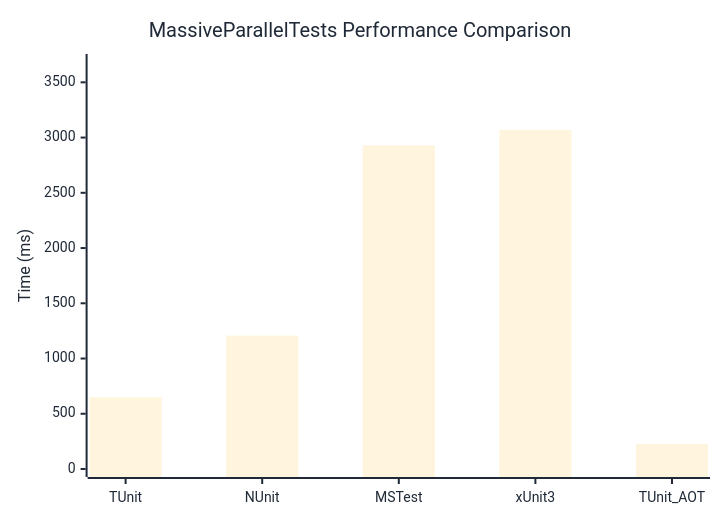
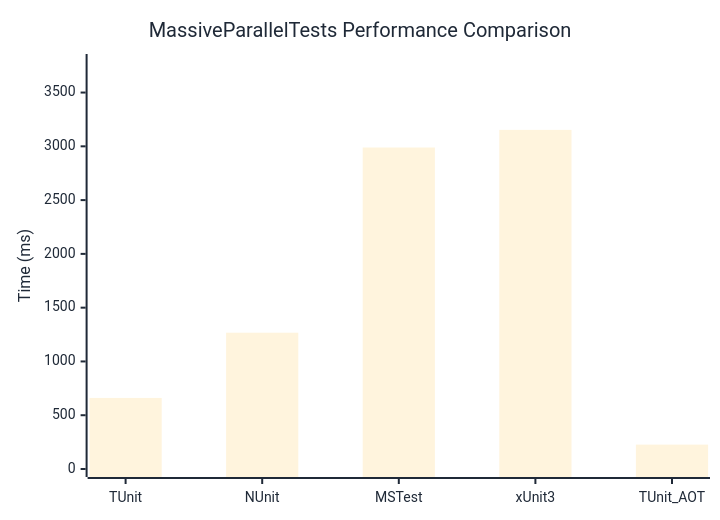
One commit to thomhurst/TUnit changed the diagram in docs/docs/benchmarks/MassiveParallelTests.md. Above: the diagram before and after it, drawn with Mermaid. The commit also changed other lines of this file and 16 other files, not shown here.

````diff
--- a/docs/docs/benchmarks/MassiveParallelTests.md
+++ b/docs/docs/benchmarks/MassiveParallelTests.md
@@ -27,37 +27,37 @@
 ```mermaid
 %%{init: {
   'theme':'base',
   'themeVariables': {
     'primaryColor': '#2563eb',
     'primaryTextColor': '#1f2937',
     'primaryBorderColor': '#1e40af',
     'lineColor': '#6b7280',
     'secondaryColor': '#7c3aed',
     'tertiaryColor': '#dc2626',
     'background': '#ffffff',
     'mainBkg': '#2563eb',
     'secondBkg': '#7c3aed',
     'tertiaryBkg': '#dc2626',
     'clusterBkg': '#f3f4f6',
     'edgeLabelBackground': '#ffffff',
     'tertiaryTextColor': '#1f2937',
     'pie1': '#2563eb',
     'pie2': '#7c3aed',
     'pie3': '#dc2626',
     'pie4': '#f59e0b',
     'pie5': '#10b981',
     'pie6': '#06b6d4',
     'pie7': '#ec4899',
     'pie8': '#6366f1',
     'pie9': '#84cc16',
     'pie10': '#f97316',
     'pie11': '#14b8a6',
     'pie12': '#a855f7'
   }
 }}%%
 xychart-beta
   title "MassiveParallelTests Performance Comparison"
   x-axis ["TUnit", "NUnit", "MSTest", "xUnit3", "TUnit_AOT"]
-  y-axis "Time (ms)" 0 --> 3684
-  bar [649.2, 1207.4, 2929.5, 3069.4, 227.4]
+  y-axis "Time (ms)" 0 --> 3784
+  bar [660.6, 1267.2, 2989, 3152.9, 226.8]
 ```
````
